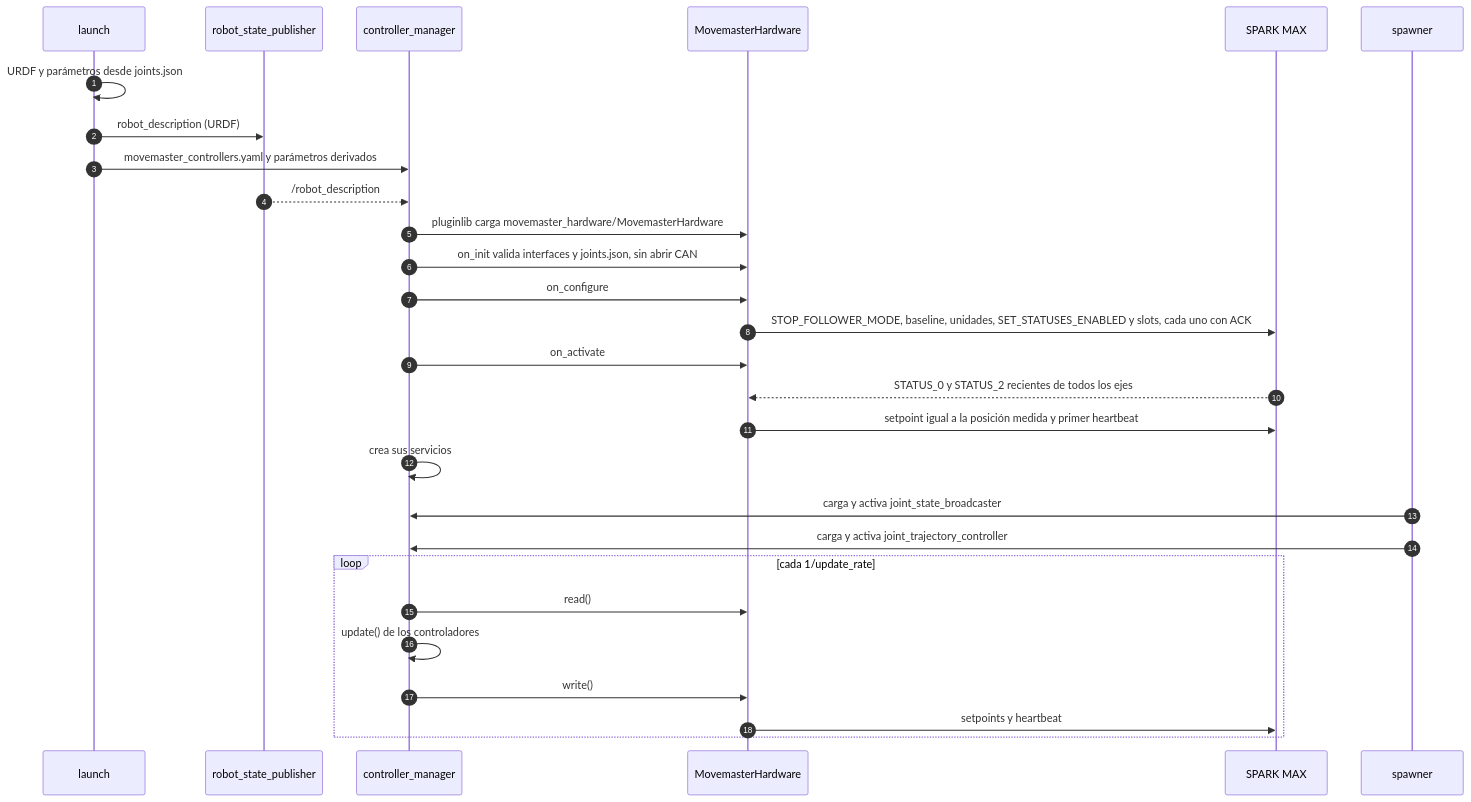
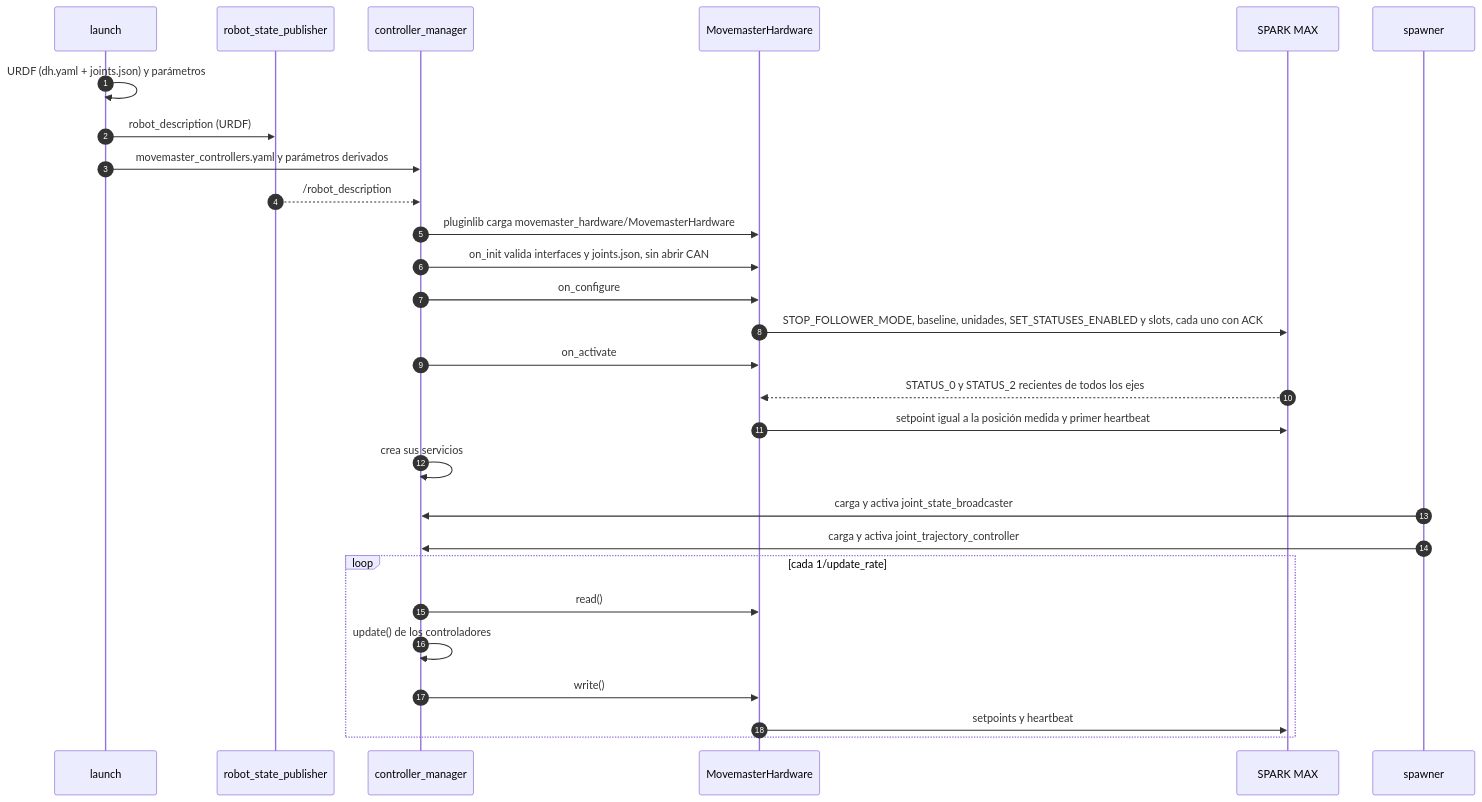
The second of 2 diagrams in movemaster_ws/src/movemaster_ros/movemaster_ros/docs/MANUAL.md (DiazPaz/movemaster), drawn with Mermaid before and after one commit. The commit also changed other lines of this file and 19 other files, not shown here.

First line of the commit message:
movemaster_description: URDF del brazo desde la tabla Denavit-Hartenberg

````diff
--- a/movemaster_ws/src/movemaster_ros/movemaster_ros/docs/MANUAL.md
+++ b/movemaster_ws/src/movemaster_ros/movemaster_ros/docs/MANUAL.md
@@ -166,30 +174,30 @@
 ```mermaid
 sequenceDiagram
     autonumber
     participant L as launch
     participant R as robot_state_publisher
     participant C as controller_manager
     participant H as MovemasterHardware
     participant S as SPARK MAX
     participant P as spawner
-    L->>L: URDF y parámetros desde joints.json
+    L->>L: URDF (dh.yaml + joints.json) y parámetros
     L->>R: robot_description (URDF)
     L->>C: movemaster_controllers.yaml y parámetros derivados
     R-->>C: /robot_description
     C->>H: pluginlib carga movemaster_hardware/MovemasterHardware
     C->>H: on_init valida interfaces y joints.json, sin abrir CAN
     C->>H: on_configure
     H->>S: STOP_FOLLOWER_MODE, baseline, unidades, SET_STATUSES_ENABLED y slots, cada uno con ACK
     C->>H: on_activate
     S-->>H: STATUS_0 y STATUS_2 recientes de todos los ejes
     H->>S: setpoint igual a la posición medida y primer heartbeat
     C->>C: crea sus servicios
     P->>C: carga y activa joint_state_broadcaster
     P->>C: carga y activa joint_trajectory_controller
     loop cada 1/update_rate
         C->>H: read()
         C->>C: update() de los controladores
         C->>H: write()
         H->>S: setpoints y heartbeat
     end
 ```
````
